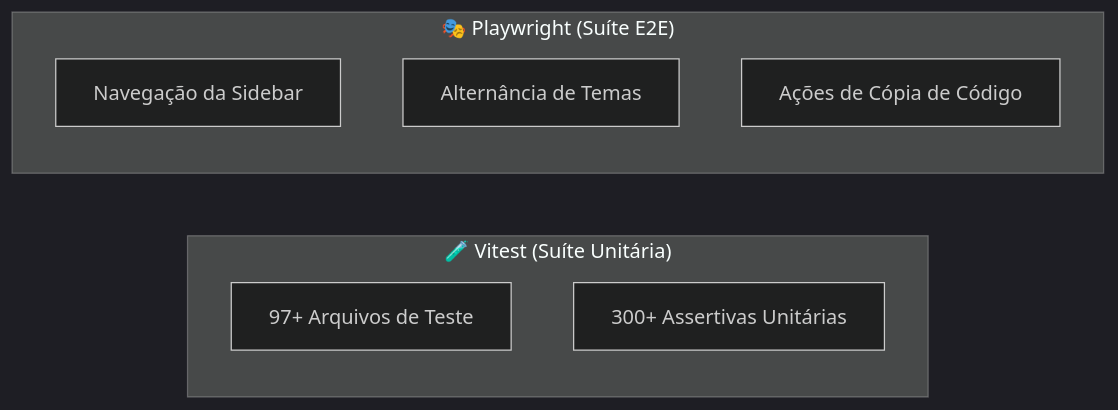
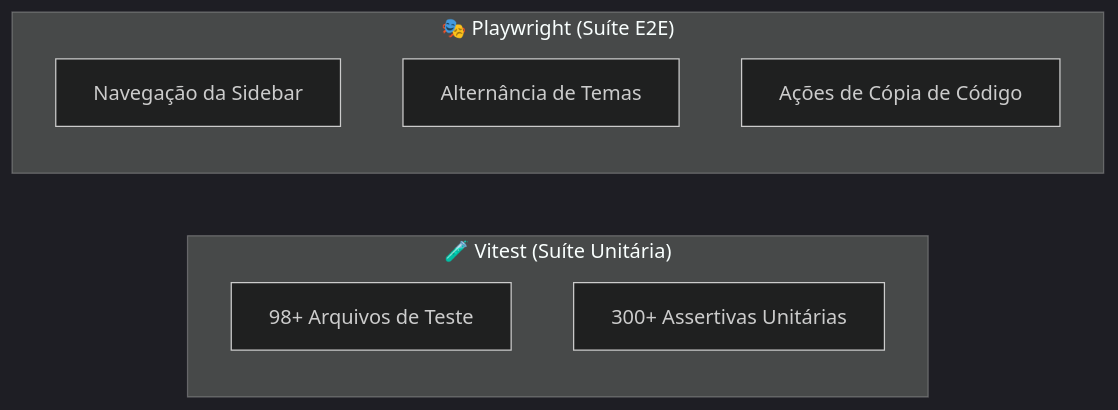
The second of 2 diagrams in README.md (gui-bus/Bloom), drawn with Mermaid (dark theme) before and after one commit. The commit also changed other lines of this file and 1 other file, not shown here.

Commit message:
docs: fix component count to 98, update CLI README with new init behavior

````diff
--- a/README.md
+++ b/README.md
@@ -261,13 +261,13 @@
 ```mermaid
 flowchart LR
     subgraph Unit ["🧪 Vitest (Suíte Unitária)"]
-        U1["97+ Arquivos de Teste"]
+        U1["98+ Arquivos de Teste"]
         U2["300+ Assertivas Unitárias"]
     end
 
     subgraph E2E ["🎭 Playwright (Suíte E2E)"]
         E1["Navegação da Sidebar"]
         E2["Alternância de Temas"]
         E3["Ações de Cópia de Código"]
     end
 ```
````
